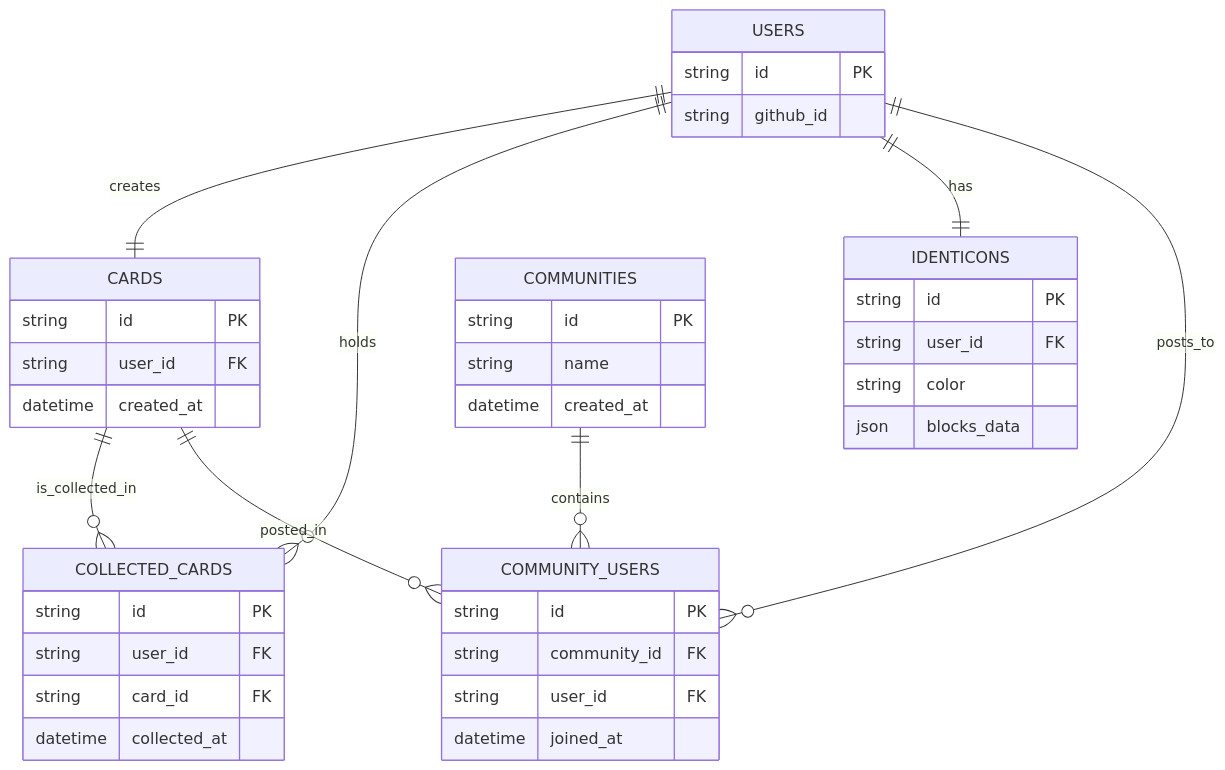
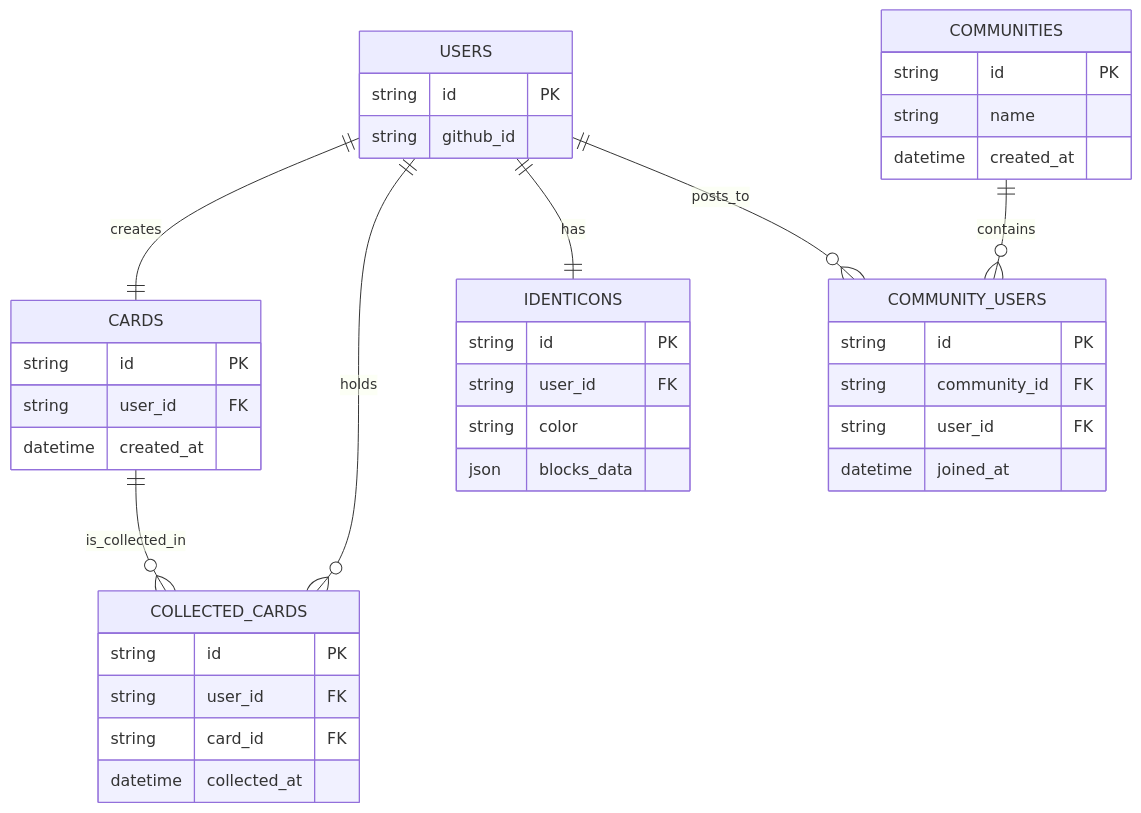
Before and after one commit to furarico/octo-deck-api: the diagram in docs/er.md, drawn with Mermaid.

Commit message:
change name

````diff
--- a/docs/er.md
+++ b/docs/er.md
@@ -3,48 +3,47 @@
 ```mermaid
 erDiagram
     USERS {
         string id PK
         string github_id
     }
 
     CARDS {
         string id PK
         string user_id FK
         datetime created_at
     }
 
     COLLECTED_CARDS {
         string id PK
         string user_id FK
         string card_id FK
         datetime collected_at
     }
 
     IDENTICONS {
         string id PK
         string user_id FK
         string color
         json blocks_data
     }
 
     COMMUNITIES {
         string id PK
         string name
         datetime created_at
     }
 
     COMMUNITY_USERS {
     string id PK
     string community_id FK
     string user_id FK
     datetime joined_at
 }
 
     USERS ||--|| CARDS : creates
     USERS ||--o{ COLLECTED_CARDS : holds
     CARDS ||--o{ COLLECTED_CARDS : is_collected_in
     USERS ||--|| IDENTICONS : has
     USERS ||--o{ COMMUNITY_USERS : posts_to
     COMMUNITIES ||--o{ COMMUNITY_USERS : contains
-    CARDS ||--o{ COMMUNITY_USERS : posted_in
 ```
````
